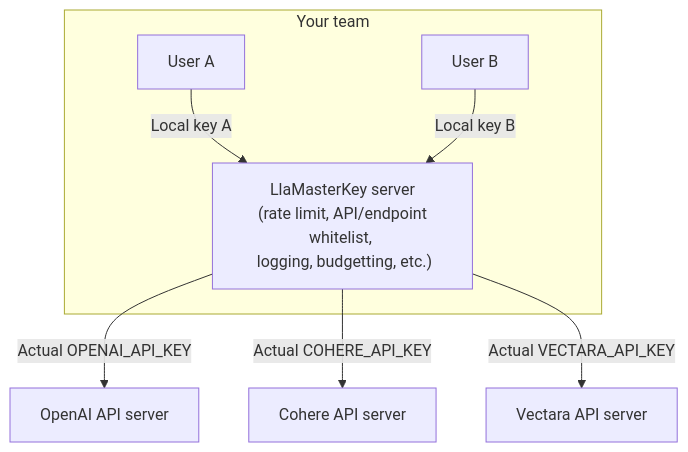
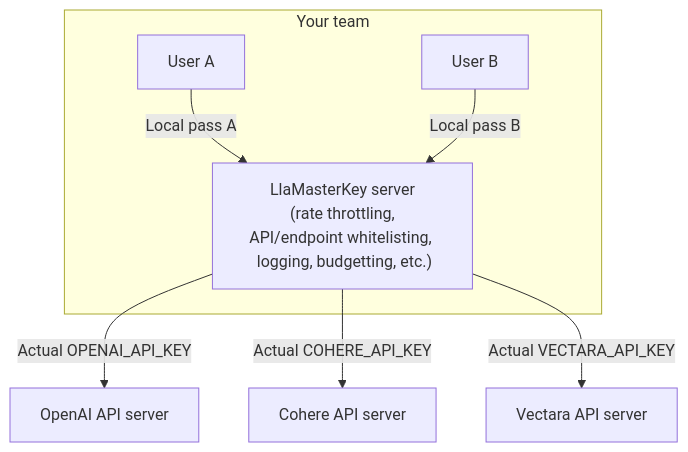
Before and after one commit to TexteaInc/LlaMasterKey: the diagram in README.md, drawn with Mermaid. The commit also changed other lines of this file, not shown here.

````diff
--- a/README.md
+++ b/README.md
@@ -3,10 +5,10 @@
 ```mermaid
 graph TD
    subgraph Your team
-     A[User A] -- Local key A --> L[LlaMasterKey server]
-     B[User B] -- Local key B --> L["LlaMasterKey server<br> (rate limit, API/endpoint whitelist, <br> logging, budgetting, etc.)"]
+     A[User A] -- Local pass A --> L[LlaMasterKey server]
+     B[User B] -- Local pass B --> L["LlaMasterKey server<br> (rate throttling, API/endpoint whitelisting, <br> logging, budgetting, etc.)"]
    end 
     L -- Actual OPENAI_API_KEY--> O[OpenAI API server]
     L -- Actual COHERE_API_KEY--> C[Cohere API server]
     L -- Actual VECTARA_API_KEY--> V[Vectara API server]
 ```
````
